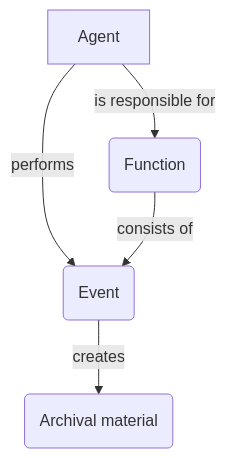
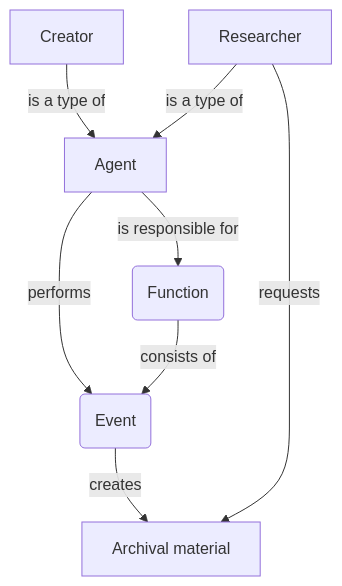
The second of 2 diagrams in domain.md (peterVG/arkly-research-notes), drawn with Mermaid before and after one commit. The commit also changed other lines of this file, not shown here.

Commit message:
Update domain.md - add Creator

````diff
--- a/domain.md
+++ b/domain.md
@@ -18,7 +18,10 @@
 ```mermaid
 flowchart TD;
       A[Agent] -->|performs| B(Event);
-      A[Agent] -->|is responsible for| C(Function);
+      A -->|is responsible for| C(Function);
       C -->|consists of| B;
-      B -->|creates| D(Archival material);
+      B -->|creates| D[Archival material];
+      F[Creator] -->|is a type of| A;
+      E[Researcher] -->|is a type of| A;
+      E -->|requests| D;
 ```
````
